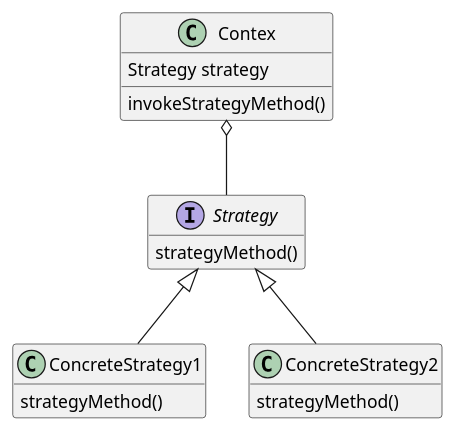
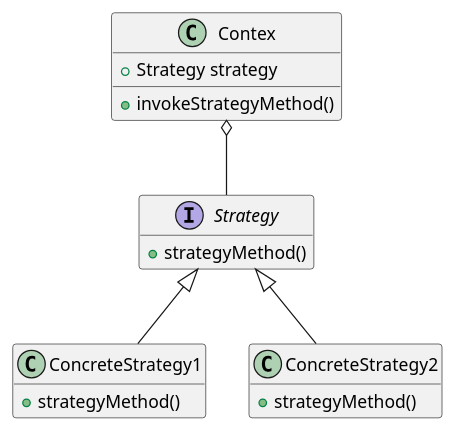
Before and after one commit to gama79530/DesignPattern: the diagram in StrategyPattern/StrategyPattern.puml, drawn with PlantUML. The commit also changed 16 other files, not shown here.

```diff
--- a/StrategyPattern/StrategyPattern.puml
+++ b/StrategyPattern/StrategyPattern.puml
@@ -1,25 +1,25 @@
 @startuml StrategyPattern
 hide empty members
 
 class Contex{
-    Strategy strategy
-    invokeStrategyMethod()
+    + Strategy strategy
+    + invokeStrategyMethod()
 }
 
 interface Strategy{
-    strategyMethod()
+    + strategyMethod()
 }
 
 class ConcreteStrategy1{
-    strategyMethod()
+    + strategyMethod()
 }
 
 class ConcreteStrategy2{
-    strategyMethod()
+    + strategyMethod()
 }
 
 Contex o-- Strategy
 Strategy <|-- ConcreteStrategy1
 Strategy <|-- ConcreteStrategy2
 
 @enduml
```
